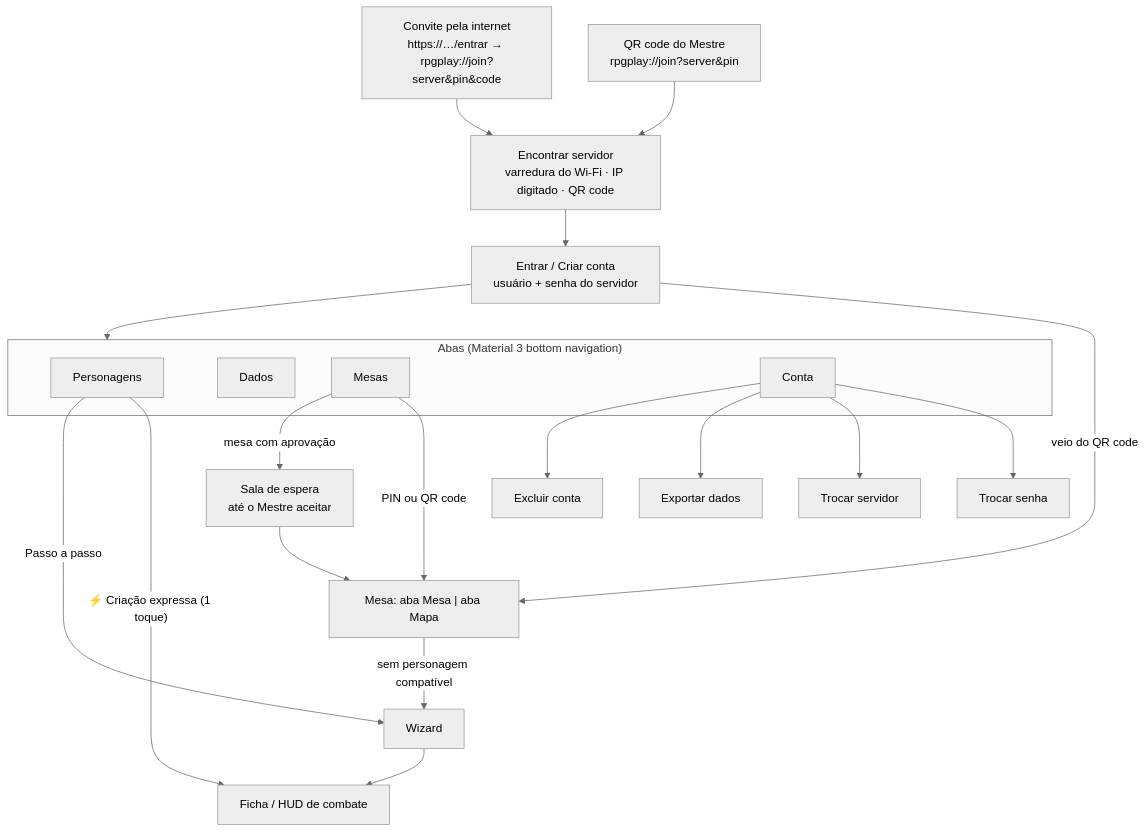
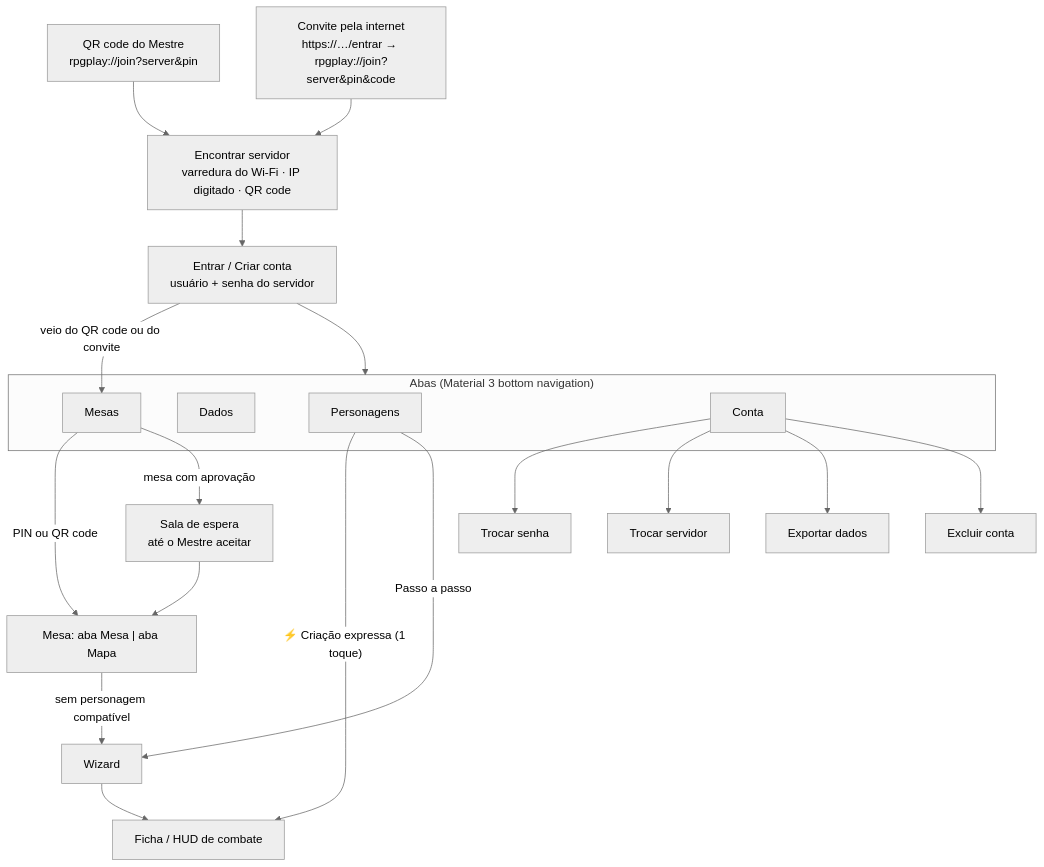
Before and after one commit to PedroASenna/Ficha-de-Personagem-de-RPG: the diagram in docs/UX_FLOWS.md, drawn with Mermaid (neutral theme). The commit also changed other lines of this file and 43 other files, not shown here.

````diff
--- a/docs/UX_FLOWS.md
+++ b/docs/UX_FLOWS.md
@@ -7,22 +7,22 @@
 ```mermaid
 flowchart TD
   Server["Encontrar servidor<br/>varredura do Wi-Fi · IP digitado · QR code"] --> Login["Entrar / Criar conta<br/>usuário + senha do servidor"]
   QR["QR code do Mestre<br/>rpgplay://join?server&pin"] --> Server
   Invite["Convite pela internet<br/>https://…/entrar → rpgplay://join?server&pin&code"] --> Server
   Login --> Tabs
   subgraph Tabs["Abas (Material 3 bottom navigation)"]
     Chars["Personagens"]
     Dice["Dados"]
     Rooms["Mesas"]
     Account["Conta"]
   end
-  Login -- "veio do QR code" --> Room
+  Login -- "veio do QR code ou do convite" --> Rooms
   Chars -- "⚡ Criação expressa (1 toque)" --> HUD["Ficha / HUD de combate"]
   Chars -- "Passo a passo" --> Wizard
   Wizard --> HUD
   Rooms -- "PIN ou QR code" --> Room["Mesa: aba Mesa | aba Mapa"]
   Rooms -- "mesa com aprovação" --> Wait["Sala de espera<br/>até o Mestre aceitar"]
   Wait --> Room
   Room -- "sem personagem compatível" --> Wizard
   Account --> Pass["Trocar senha"] & Switch["Trocar servidor"] & Export["Exportar dados"] & Delete["Excluir conta"]
 ```
````
